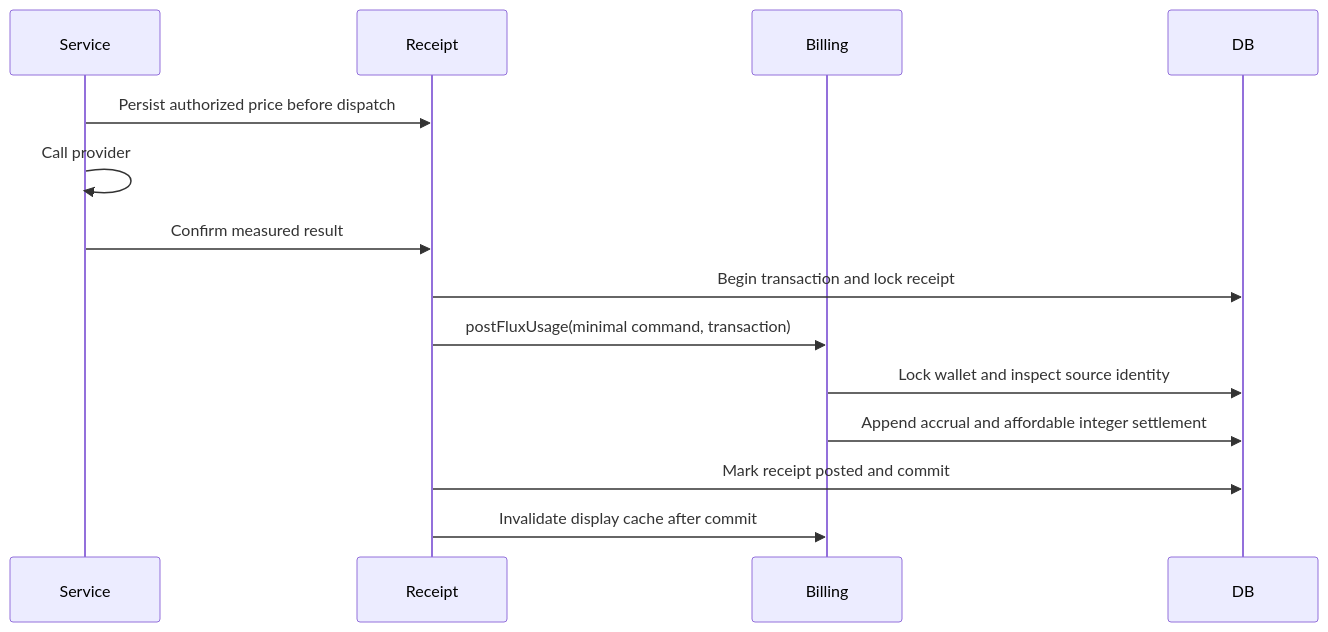
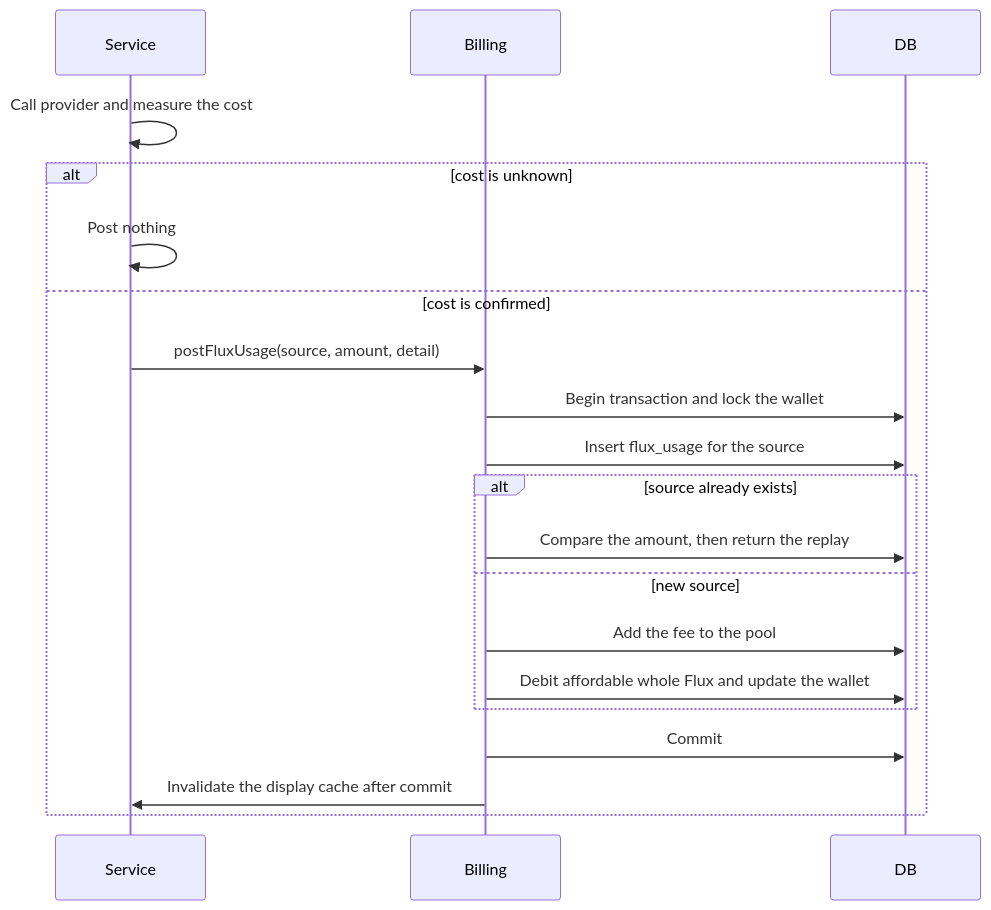
Before and after one commit to moeru-ai/airi: the second of 2 diagrams in server/docs/ai/adr/2026-10-04-flux-usage.md, drawn with Mermaid. The commit also changed other lines of this file and 32 other files, not shown here.

First line of the commit message:
refactor(api): store micro-Flux fees in flux_usage

````diff
--- a/server/docs/ai/adr/2026-10-04-flux-usage.md
+++ b/server/docs/ai/adr/2026-10-04-flux-usage.md
@@ -59,16 +88,22 @@
 ```mermaid
 sequenceDiagram
   participant Service
-  participant Receipt
   participant Billing
   participant DB
-  Service->>Receipt: Persist authorized price before dispatch
-  Service->>Service: Call provider
-  Service->>Receipt: Confirm measured result
-  Receipt->>DB: Begin transaction and lock receipt
-  Receipt->>Billing: postFluxUsage(minimal command, transaction)
-  Billing->>DB: Lock wallet and inspect source identity
-  Billing->>DB: Append accrual and affordable integer settlement
-  Receipt->>DB: Mark receipt posted and commit
-  Receipt->>Billing: Invalidate display cache after commit
+  Service->>Service: Call provider and measure the cost
+  alt cost is unknown
+    Service->>Service: Post nothing
+  else cost is confirmed
+    Service->>Billing: postFluxUsage(source, amount, detail)
+    Billing->>DB: Begin transaction and lock the wallet
+    Billing->>DB: Insert flux_usage for the source
+    alt source already exists
+      Billing->>DB: Compare the amount, then return the replay
+    else new source
+      Billing->>DB: Add the fee to the pool
+      Billing->>DB: Debit affordable whole Flux and update the wallet
+    end
+    Billing->>DB: Commit
+    Billing->>Service: Invalidate the display cache after commit
+  end
 ```
````
